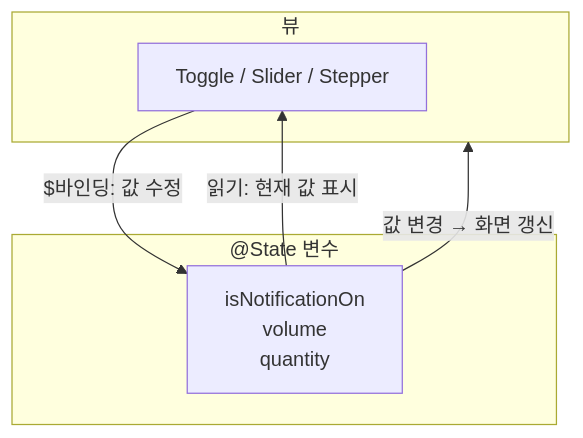
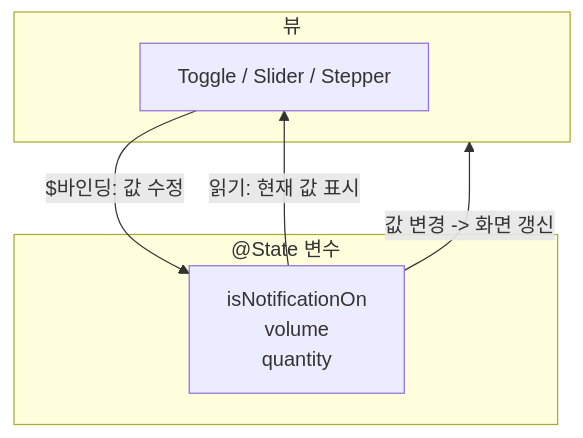
The second of 3 diagrams in 03-swiftui-start/03-button-interaction.md (jsonpassion/forge-tutorial-swift), drawn with Mermaid before and after one commit. The commit also changed other lines of this file and 69 other files, not shown here.

````diff
--- a/03-swiftui-start/03-button-interaction.md
+++ b/03-swiftui-start/03-button-interaction.md
@@ -278,12 +278,12 @@
 ```mermaid
 flowchart TD
     subgraph View["뷰"]
         T["Toggle / Slider / Stepper"]
     end
     subgraph State["@State 변수"]
-        S["isNotificationOn\nvolume\nquantity"]
+        S["isNotificationOn<br/>volume<br/>quantity"]
     end
     S -- "읽기: 현재 값 표시" --> T
     T -- "$바인딩: 값 수정" --> S
-    S -- "값 변경 → 화면 갱신" --> View
+    S -- "값 변경 -> 화면 갱신" --> View
 ```
````
